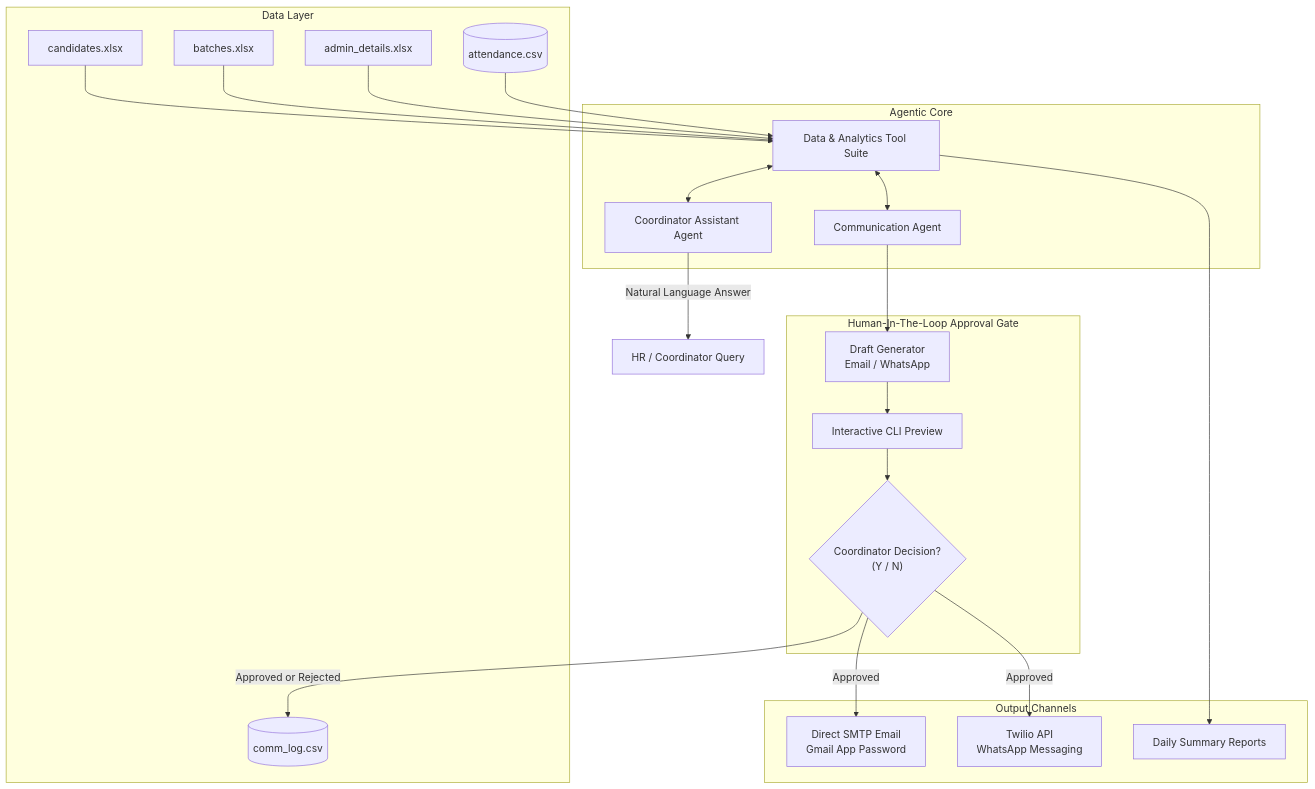
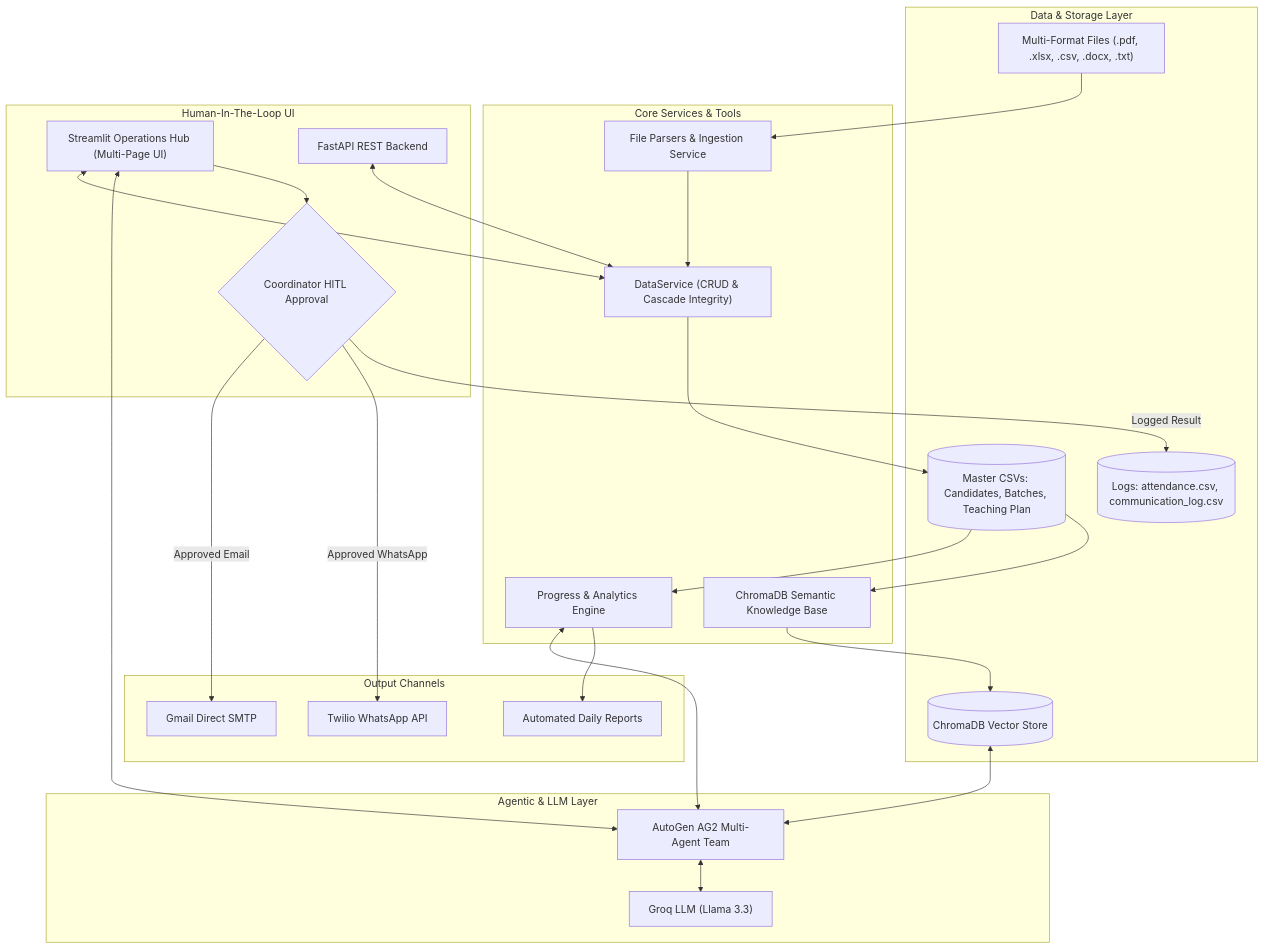
The diagram in README.md (Rahulreddy4444/Admin_automation_agent), drawn with Mermaid before and after one commit. The commit also changed other lines of this file, not shown here.

Commit message:
docs: update README with full architecture, RAG details, and setup instructions

````diff
--- a/README.md
+++ b/README.md
@@ -31,46 +69,54 @@
 ```mermaid
 flowchart TD
-    subgraph Data Layer
-        EXCEL_CANDIDATES[candidates.xlsx]
-        EXCEL_BATCHES[batches.xlsx]
-        EXCEL_ADMIN[admin_details.xlsx]
-        ATTENDANCE_LOG[(attendance.csv)]
-        COMM_LOG[(comm_log.csv)]
+    subgraph Data & Storage Layer
+        FILES["Multi-Format Files (.pdf, .xlsx, .csv, .docx, .txt)"]
+        CSV_DATA[("Master CSVs: Candidates, Batches, Teaching Plan")]
+        LOGS[("Logs: attendance.csv, communication_log.csv")]
+        VECTOR_DB[("ChromaDB Vector Store")]
     end
 
-    subgraph Agentic Core
-        COORD_BOT[Coordinator Assistant Agent]
-        COMM_AGENT[Communication Agent]
-        TOOLS[Data & Analytics Tool Suite]
+    subgraph Core Services & Tools
+        PARSER["File Parsers & Ingestion Service"]
+        DATA_SVC["DataService (CRUD & Cascade Integrity)"]
+        ANALYTICS["Progress & Analytics Engine"]
+        RAG["ChromaDB Semantic Knowledge Base"]
     end
 
-    subgraph Human-In-The-Loop Approval Gate
-        DRAFT_GEN["Draft Generator<br/>Email / WhatsApp"]
-        PREVIEW["Interactive CLI Preview"]
-        APPROVE{"Coordinator Decision?<br/>(Y / N)"}
+    subgraph Agentic & LLM Layer
+        AUTOGEN["AutoGen AG2 Multi-Agent Team"]
+        GROQ["Groq LLM (Llama 3.3)"]
+    end
+
+    subgraph Human-In-The-Loop UI
+        STREAMLIT["Streamlit Operations Hub (Multi-Page UI)"]
+        FASTAPI["FastAPI REST Backend"]
+        APPROVAL_GATE{"Coordinator HITL Approval"}
     end
 
     subgraph Output Channels
-        SMTP["Direct SMTP Email<br/>Gmail App Password"]
-        TWILIO["Twilio API<br/>WhatsApp Messaging"]
-        REPORTS["Daily Summary Reports"]
+        SMTP["Gmail Direct SMTP"]
+        TWILIO["Twilio WhatsApp API"]
+        REPORTS["Automated Daily Reports"]
     end
 
-    EXCEL_CANDIDATES --> TOOLS
-    EXCEL_BATCHES --> TOOLS
-    EXCEL_ADMIN --> TOOLS
-    ATTENDANCE_LOG --> TOOLS
+    FILES --> PARSER
+    PARSER --> DATA_SVC
+    DATA_SVC --> CSV_DATA
+    CSV_DATA --> ANALYTICS
+    CSV_DATA --> RAG
+    RAG --> VECTOR_DB
 
-    TOOLS <--> COORD_BOT
-    TOOLS <--> COMM_AGENT
+    VECTOR_DB <--> AUTOGEN
+    ANALYTICS <--> AUTOGEN
+    AUTOGEN <--> GROQ
 
-    COORD_BOT -->|Natural Language Answer| HR_USER[HR / Coordinator Query]
-    COMM_AGENT --> DRAFT_GEN
-    DRAFT_GEN --> PREVIEW
-    PREVIEW --> APPROVE
+    STREAMLIT <--> DATA_SVC
+    STREAMLIT <--> AUTOGEN
+    FASTAPI <--> DATA_SVC
 
-    APPROVE -->|Approved| SMTP
-    APPROVE -->|Approved| TWILIO
-    APPROVE -->|Approved or Rejected| COMM_LOG
-    TOOLS --> REPORTS
+    STREAMLIT --> APPROVAL_GATE
+    APPROVAL_GATE -->|Approved Email| SMTP
+    APPROVAL_GATE -->|Approved WhatsApp| TWILIO
+    APPROVAL_GATE -->|Logged Result| LOGS
+    ANALYTICS --> REPORTS
 ```
````
